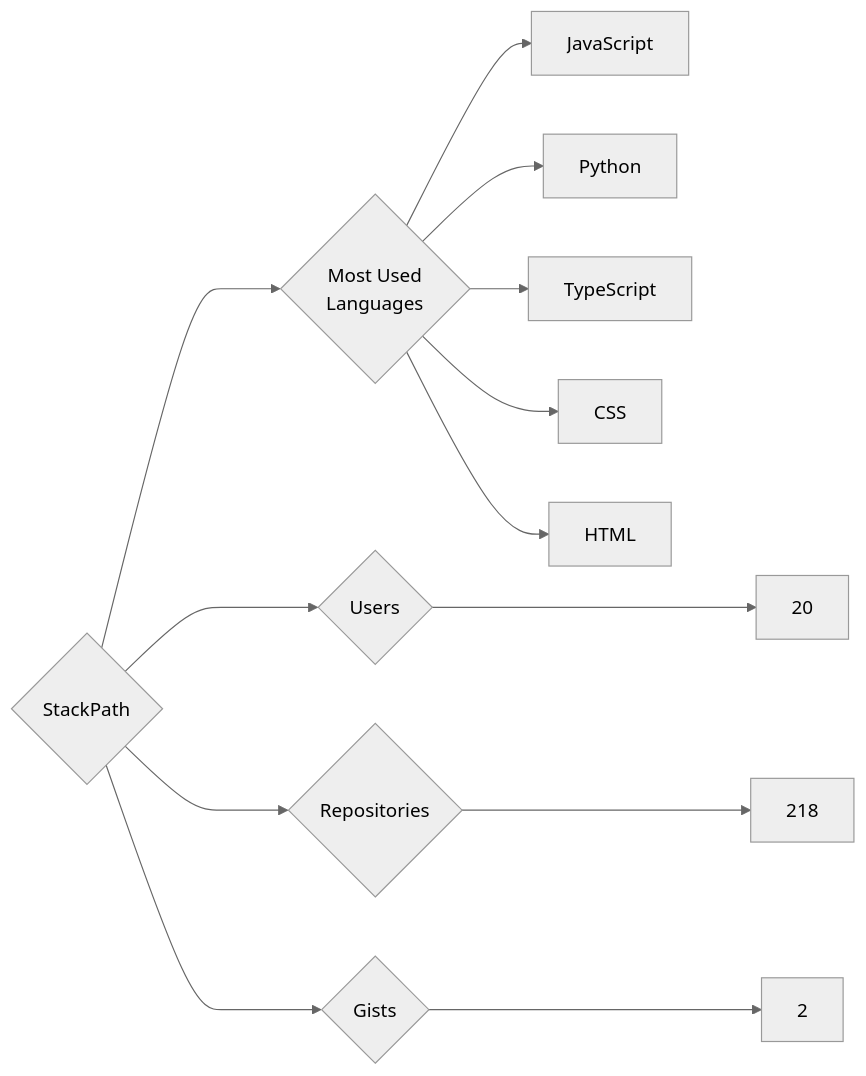
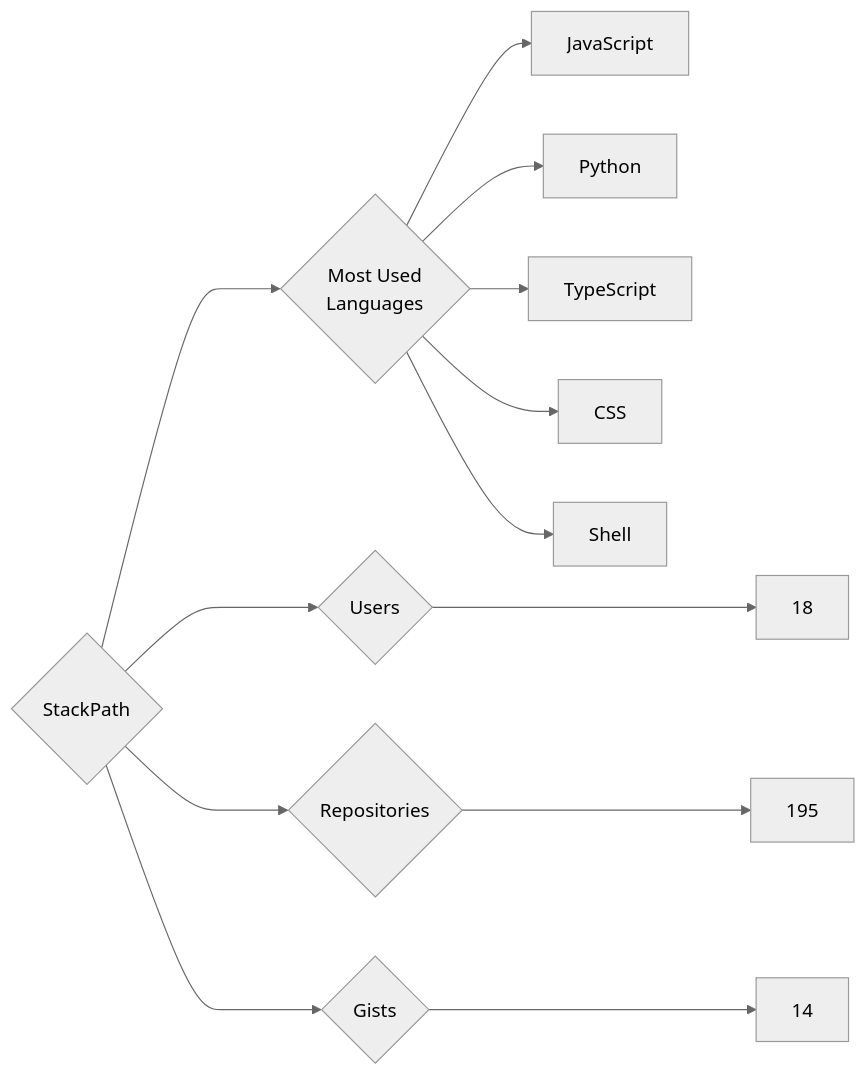
The diagram in targets/StackPath/README.md (trickest/insiders), drawn with Mermaid (neutral theme) before and after one commit. The commit also changed 851 other files, not shown here.

````diff
--- a/targets/StackPath/README.md
+++ b/targets/StackPath/README.md
@@ -3,13 +3,13 @@
 ```mermaid
 graph LR
 COMPANY_NAME{StackPath}
-COMPANY_NAME ---> U{Users} ---> UN[20]
-COMPANY_NAME ---> R{Repositories} ---> RN[218]
-COMPANY_NAME ---> G{Gists} ---> GN[2]
+COMPANY_NAME ---> U{Users} ---> UN[18]
+COMPANY_NAME ---> R{Repositories} ---> RN[195]
+COMPANY_NAME ---> G{Gists} ---> GN[14]
 COMPANY_NAME ---> ML{Most Used<br>Languages}
 ML --> JavaScript[JavaScript]
 ML --> Python[Python]
 ML --> TypeScript[TypeScript]
 ML --> CSS[CSS]
-ML --> HTML[HTML]
+ML --> Shell[Shell]
 ```
````
